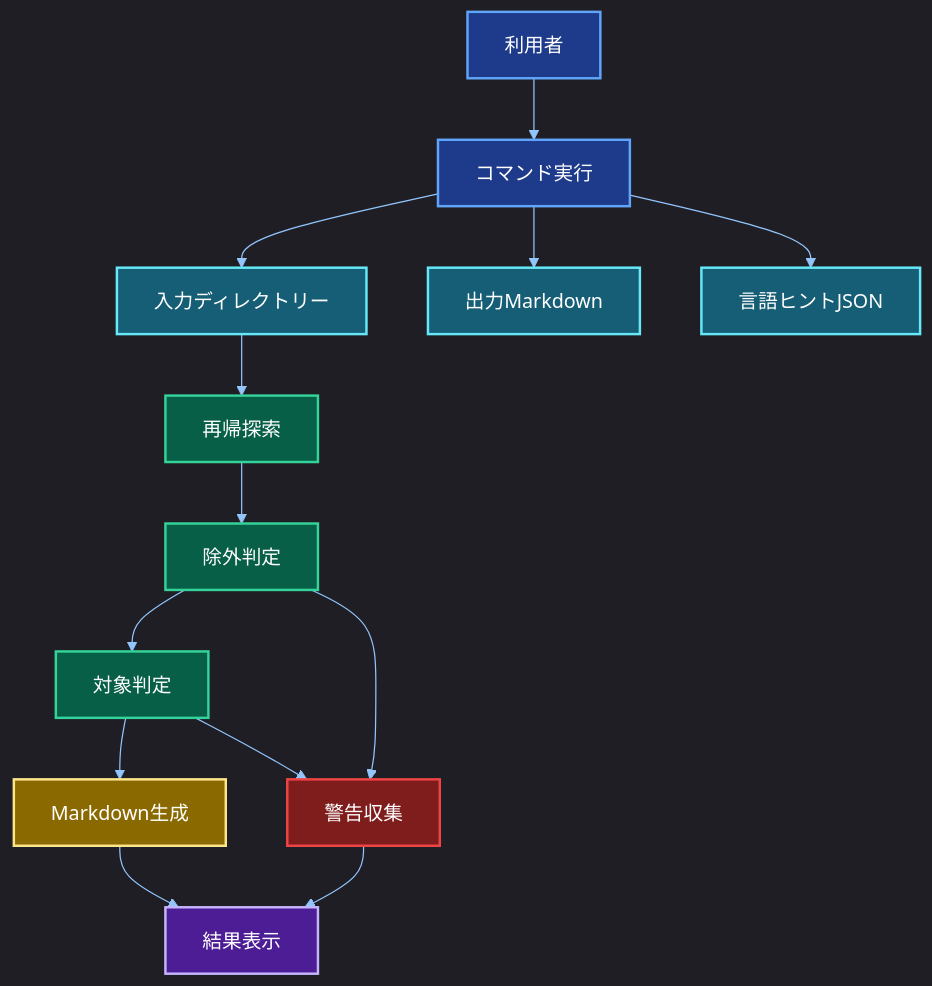
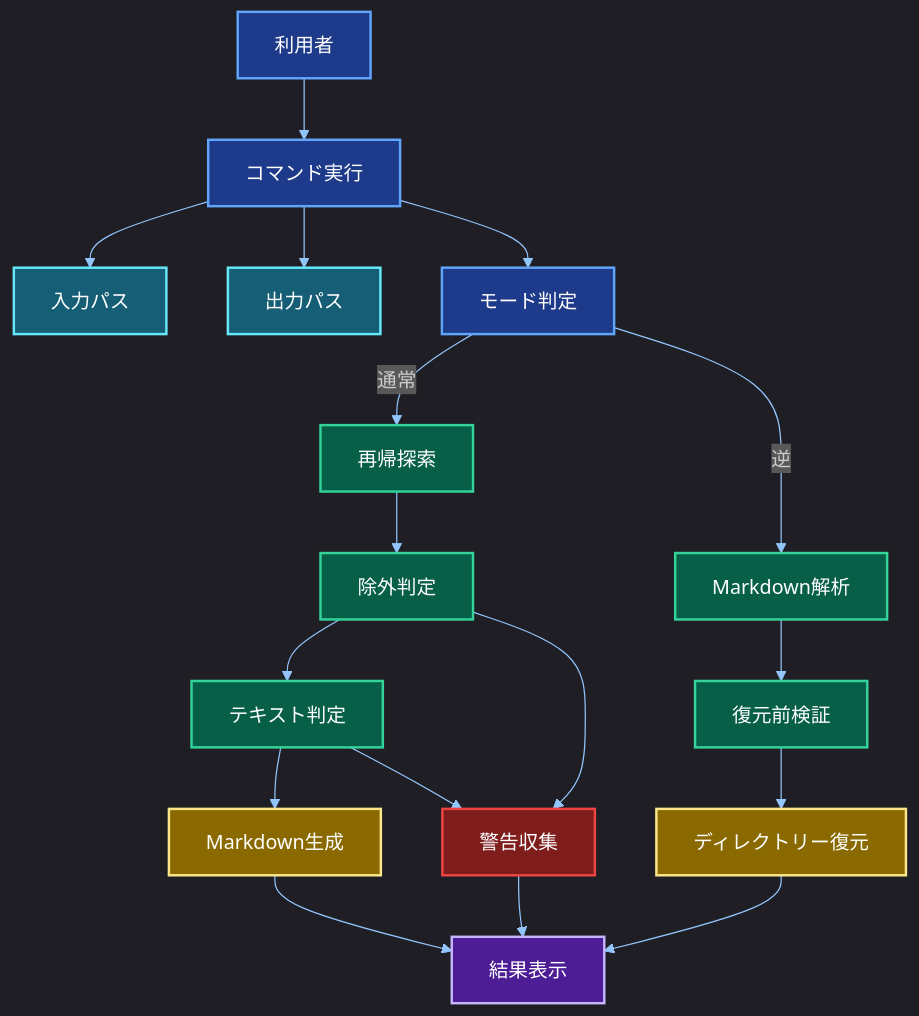
The diagram in document/01_要件定義書.md (SKAsApp/source-to-markdown), drawn with Mermaid before and after one commit. The commit also changed other lines of this file and 17 other files, not shown here.

````diff
--- a/document/01_要件定義書.md
+++ b/document/01_要件定義書.md
@@ -222,49 +251,47 @@
 ```mermaid
 %%{
 	init:
 	{
 		"theme": "dark",
 		"themeVariables":
 		{
 			"primaryColor":"#0b1220",
 			"primaryTextColor":"#e5e7eb",
 			"primaryBorderColor":"#60a5fa",
 			"lineColor":"#93c5fd",
 			"secondaryColor":"#111827",
 			"tertiaryColor":"#0f172a",
 			"fontFamily": "\"Hiragino Kaku Gothic ProN\", \"YuGothic\", \"Yu Gothic\", sans-serif"
 		}
 	}
 }%%
 flowchart TB
 	A["利用者"] --> D["コマンド実行"]
-	D --> E["入力ディレクトリー"]
-	D --> F["出力Markdown"]
-	D --> G["言語ヒントJSON"]
-	E --> H["再帰探索"]
+	D --> E["入力パス"]
+	D --> F["出力パス"]
+	D --> G["モード判定"]
+	G -- "通常" --> H["再帰探索"]
 	H --> I["除外判定"]
-	I --> J["対象判定"]
+	I --> J["テキスト判定"]
 	J --> K["Markdown生成"]
+	G -- "逆" --> N["Markdown解析"]
+	N --> O["復元前検証"]
+	O --> P["ディレクトリー復元"]
 	K --> L["結果表示"]
+	P --> L
 	I --> M["警告収集"]
 	J --> M
 	M --> L
-
-	classDef subgraph_box_blue fill:#1f2937,stroke:#64748b,color:#e5e7eb;
-	classDef subgraph_box_green fill:#0f1f1a,stroke:#7a8f86,color:#e5e7eb;
-	classDef subgraph_box_red fill:#2a1222,stroke:#9b7a8c,color:#e5e7eb;
 	classDef blue fill:#1e3a8a,stroke:#60a5fa,color:#ffffff,stroke-width:2px;
 	classDef green fill:#065f46,stroke:#34d399,color:#ffffff,stroke-width:2px;
 	classDef yellow fill:#8a6a00,stroke:#fde68a,color:#ffffff,stroke-width:2px;
 	classDef red fill:#7f1d1d,stroke:#ef4444,color:#ffffff,stroke-width:2px;
 	classDef purple fill:#4c1d95,stroke:#c4b5fd,color:#ffffff,stroke-width:2px;
 	classDef cyan fill:#155e75,stroke:#67e8f9,color:#ffffff,stroke-width:2px;
-	classDef pink fill:#a41b66,stroke:#f9a8d4,color:#ffffff,stroke-width:2px;
-
-	class A,D blue;
-	class E,F,G cyan;
-	class H,I,J green;
-	class K yellow;
+	class A,D,G blue;
+	class E,F cyan;
+	class H,I,J,N,O green;
+	class K,P yellow;
 	class L purple;
 	class M red;
 ```
````
